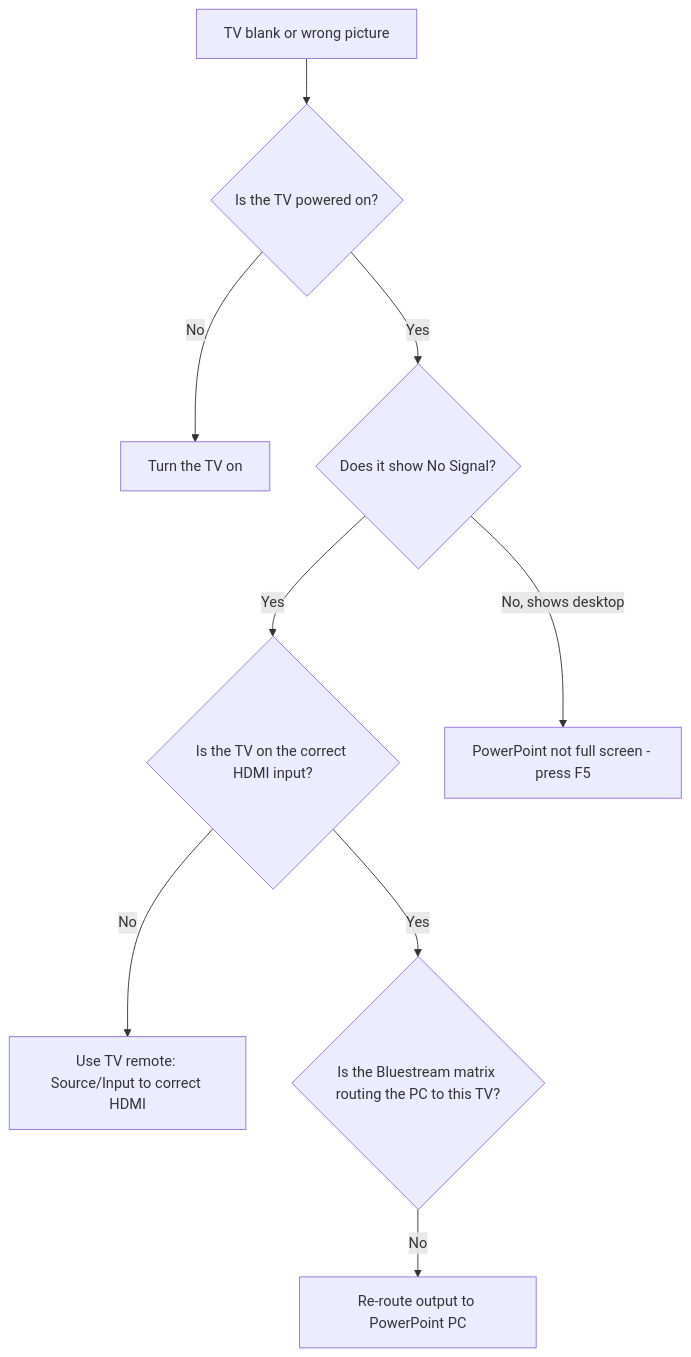
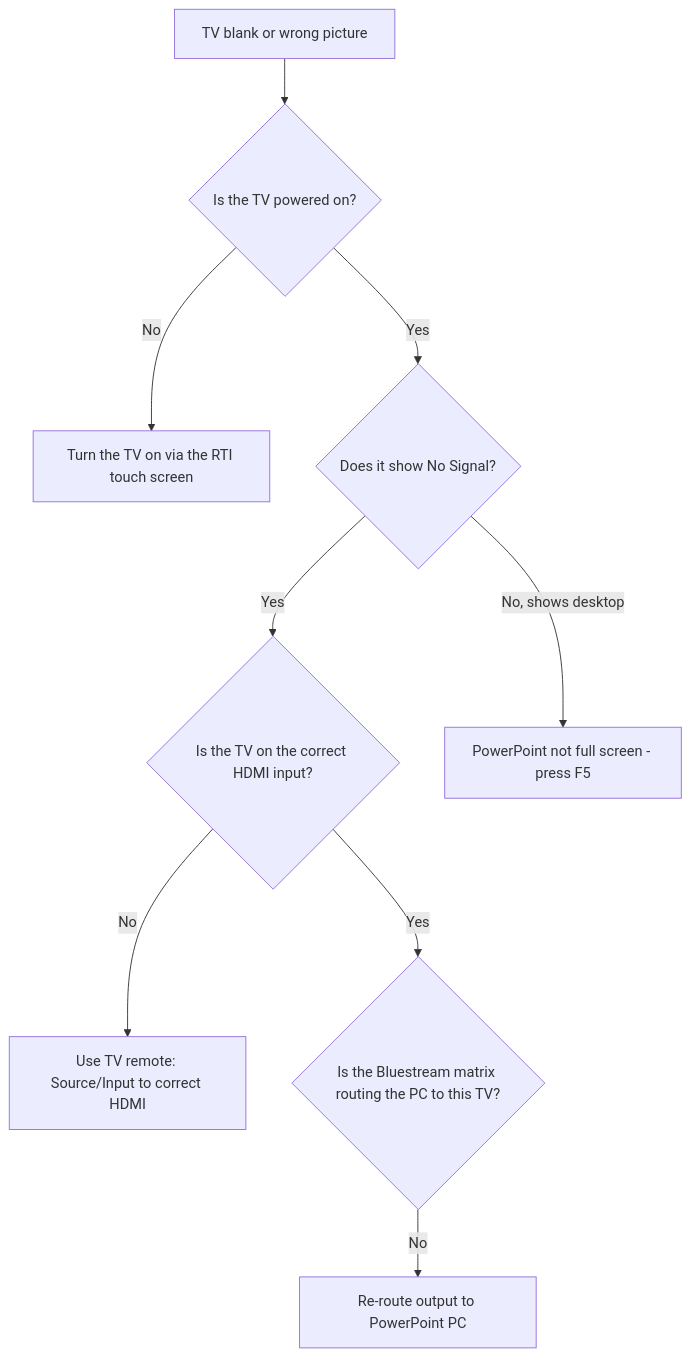
The diagram in docs/troubleshooting/tv-not-working.md (tenacioustechie/av-manual-hruc), drawn with Mermaid before and after one commit. The commit also changed other lines of this file and 7 other files, not shown here.

First line of the commit message:
Add RTI TV-power step to startup and rewrite shutdown as reverse sequence

````diff
--- a/docs/troubleshooting/tv-not-working.md
+++ b/docs/troubleshooting/tv-not-working.md
@@ -26,11 +26,11 @@
 ```mermaid
 flowchart TD
     A[TV blank or wrong picture] --> B{Is the TV powered on?}
-    B -- No --> B1[Turn the TV on]
+    B -- No --> B1[Turn the TV on via the RTI touch screen]
     B -- Yes --> C{Does it show No Signal?}
     C -- Yes --> D{Is the TV on the correct HDMI input?}
     D -- No --> D1[Use TV remote: Source/Input to correct HDMI]
     D -- Yes --> E{Is the Bluestream matrix routing the PC to this TV?}
     E -- No --> E1[Re-route output to PowerPoint PC]
     C -- No, shows desktop --> F[PowerPoint not full screen - press F5]
 ```
````
